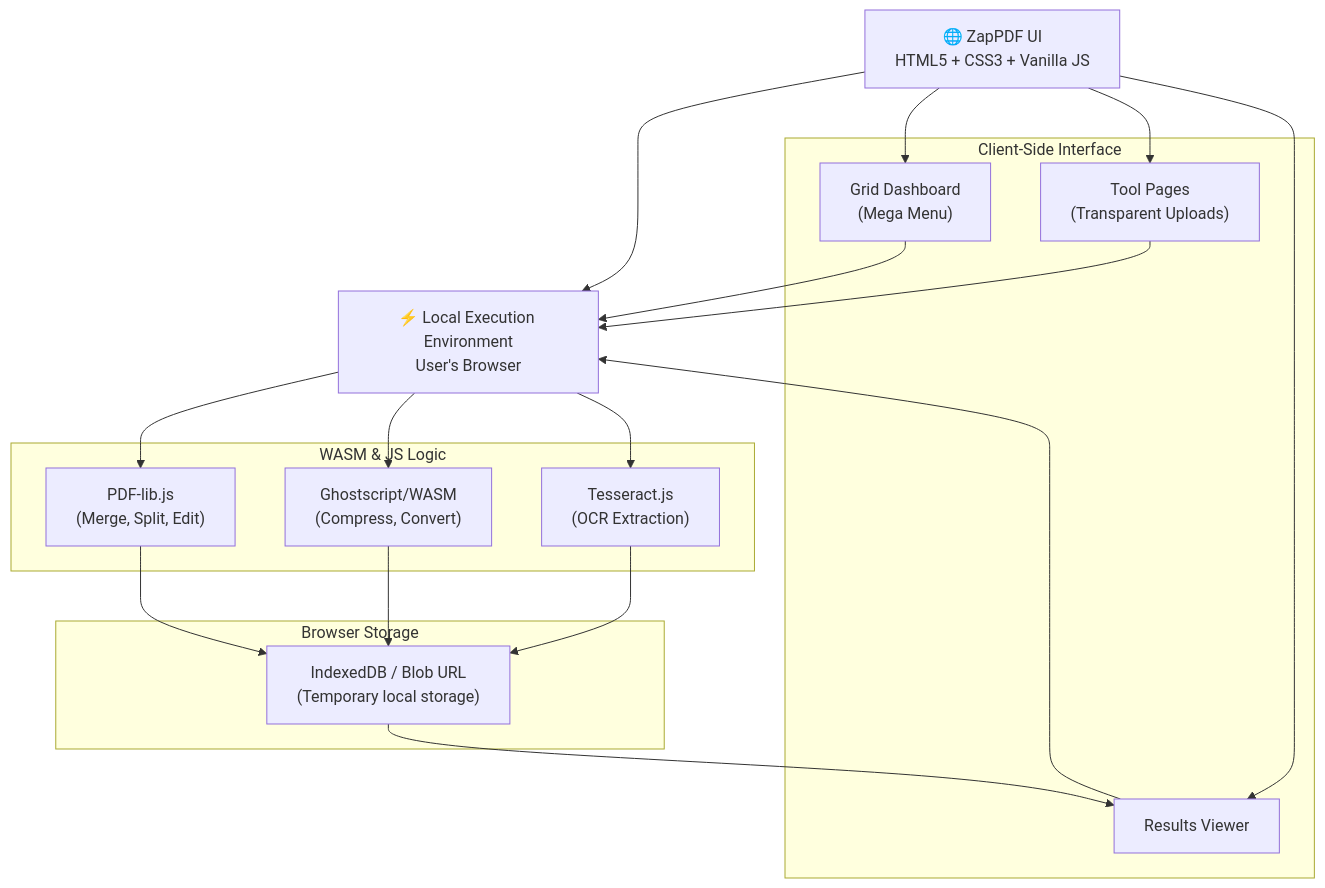
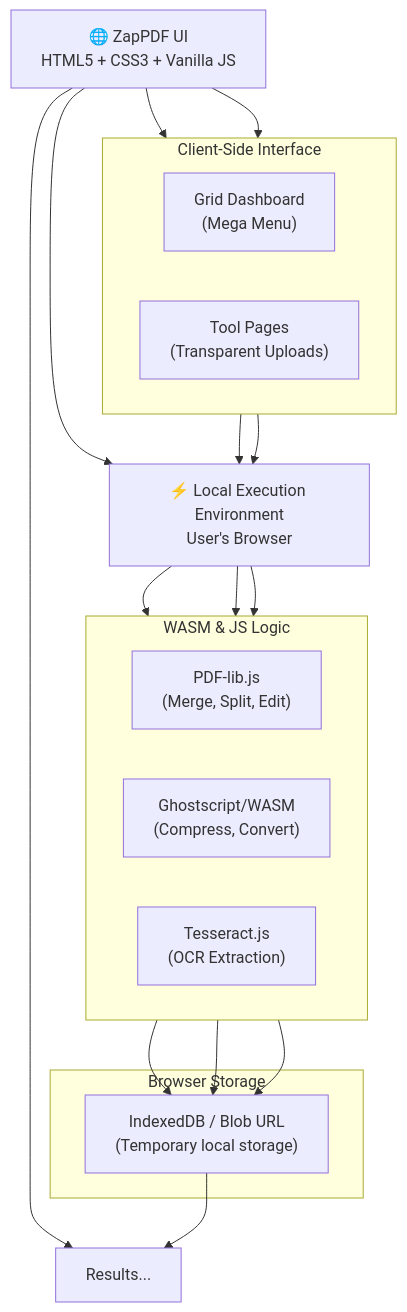
The diagram in README.md (abhranilsingharoy-cloud/ZapPDF), drawn with Mermaid before and after one commit.

Commit message:
Update visual architecture diagram in README

````diff
--- a/README.md
+++ b/README.md
@@ -103,26 +103,43 @@
 ```mermaid
 graph TD
-    A["🌐 ZapPDF UI\nHTML5 + CSS3 + Vanilla JS"] --> B["⚡ Local Execution Environment\nUser's Browser"]
+    UI["🌐 ZapPDF UI<br>HTML5 + CSS3 + Vanilla JS"]
     
-    subgraph Frontend ["Client-Side Interface"]
-        A1["Grid Dashboard\n(Mega Menu)"]
-        A2["Tool Pages\n(Transparent Uploads)"]
-        A3["Results Viewer"]
+    subgraph Client ["Client-Side Interface"]
+        direction LR
+        G["Grid Dashboard<br>(Mega Menu)"]
+        T["Tool Pages<br>(Transparent Uploads)"]
     end
     
-    subgraph Engine ["WASM & JS Logic"]
-        B1["PDF-lib.js\n(Merge, Split, Edit)"]
-        B2["Ghostscript/WASM\n(Compress, Convert)"]
-        B3["Tesseract.js\n(OCR Extraction)"]
+    ENV["⚡ Local Execution Environment<br>User's Browser"]
+    
+    subgraph Logic ["WASM & JS Logic"]
+        direction LR
+        PDF["PDF-lib.js<br>(Merge, Split, Edit)"]
+        Ghost["Ghostscript/WASM<br>(Compress, Convert)"]
+        Tess["Tesseract.js<br>(OCR Extraction)"]
     end
     
     subgraph Storage ["Browser Storage"]
-        C1["IndexedDB / Blob URL\n(Temporary local storage)"]
+        IDB["IndexedDB / Blob URL<br>(Temporary local storage)"]
     end
+    
+    Res["Results..."]
 
-    A --> A1 & A2 & A3
-    A1 & A2 & A3 --> B
-    B --> B1 & B2 & B3
-    B1 & B2 & B3 --> C1
-    C1 --> A3
+    UI --> ENV
+    UI --> G
+    UI --> T
+    UI --> Res
+    
+    G --> ENV
+    T --> ENV
+    
+    ENV --> PDF
+    ENV --> Ghost
+    ENV --> Tess
+    
+    PDF --> IDB
+    Ghost --> IDB
+    Tess --> IDB
+    
+    IDB --> Res
 ```
````
